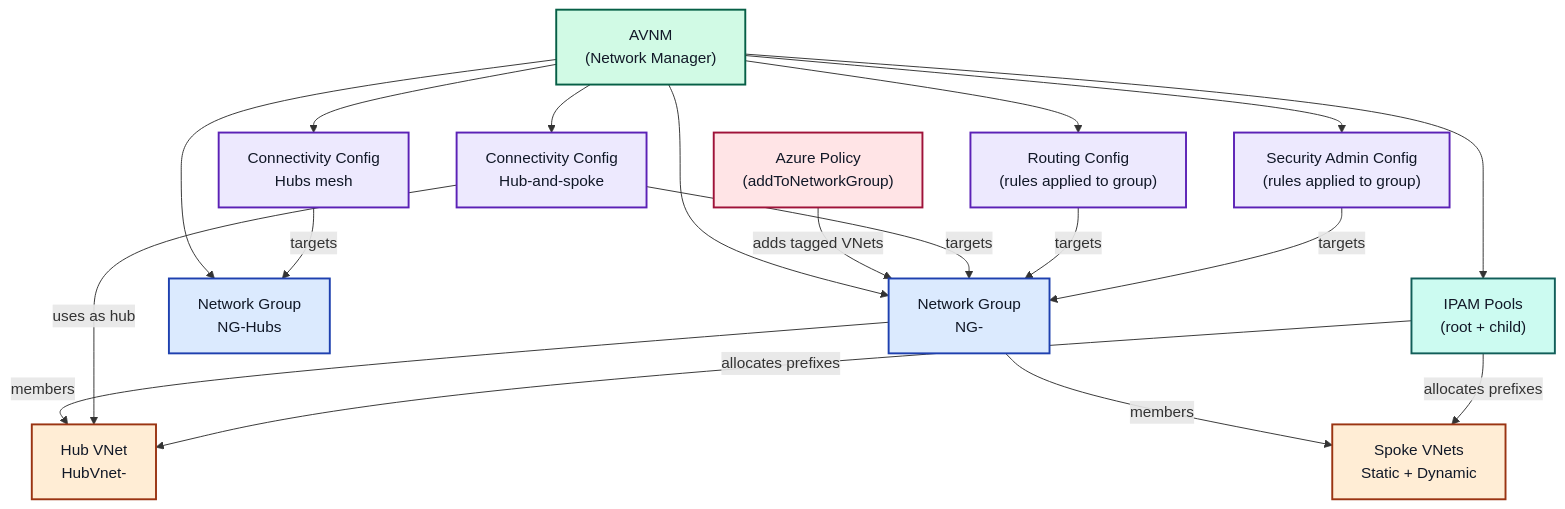
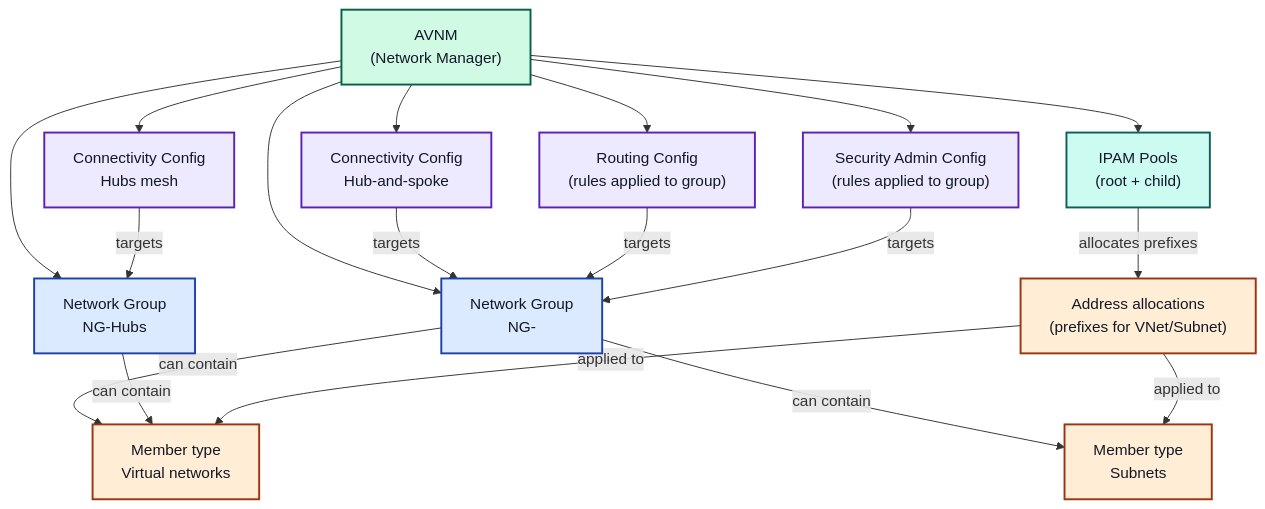
One commit to PieterbasNagengast/Azure-AVNM changed the diagram in README.md. Above: the diagram before and after it, drawn with Mermaid.

Commit message:
Refactor flowchart in README.md to clarify AVNM network group membership and IPAM allocation; enhance visual representation with new member types

````diff
--- a/README.md
+++ b/README.md
@@ -115,59 +115,56 @@
 ```mermaid
 flowchart TB
 	AVNM["AVNM\n(Network Manager)"]
 
 	NGREG["Network Group\nNG-<location>"]
 	NGHUBS["Network Group\nNG-Hubs"]
 
-	HUBVNET["Hub VNet\nHubVnet-<location>"]
-	SPOKEVNETS["Spoke VNets\nStatic + Dynamic"]
-
-	POLICY["Azure Policy\n(addToNetworkGroup)"]
+	VNETMEM["Member type\nVirtual networks"]
+	SUBNETMEM["Member type\nSubnets"]
 
 	CONNREG["Connectivity Config\nHub-and-spoke"]
 	CONNHUBS["Connectivity Config\nHubs mesh"]
 	ROUTE["Routing Config\n(rules applied to group)"]
 	SEC["Security Admin Config\n(rules applied to group)"]
 
 	IPAM["IPAM Pools\n(root + child)"]
+	ALLOC["Address allocations\n(prefixes for VNet/Subnet)"]
 
 	%% Relationships (conceptual)
 	AVNM --> NGREG
 	AVNM --> NGHUBS
 	AVNM --> CONNREG
 	AVNM --> CONNHUBS
 	AVNM --> ROUTE
 	AVNM --> SEC
 	AVNM --> IPAM
 
 	%% Group membership
-	NGREG -->|members| HUBVNET
-	NGREG -->|members| SPOKEVNETS
-	POLICY -->|adds tagged VNets| NGREG
+	NGREG -->|can contain| VNETMEM
+	NGREG -->|can contain| SUBNETMEM
+	NGHUBS -->|can contain| VNETMEM
 
 	%% Config targets
 	CONNREG -->|targets| NGREG
-	CONNREG -->|uses as hub| HUBVNET
 	ROUTE -->|targets| NGREG
 	SEC -->|targets| NGREG
 	CONNHUBS -->|targets| NGHUBS
 
 	%% IP allocation
-	IPAM -->|allocates prefixes| HUBVNET
-	IPAM -->|allocates prefixes| SPOKEVNETS
+	IPAM -->|allocates prefixes| ALLOC
+	ALLOC -->|applied to| VNETMEM
+	ALLOC -->|applied to| SUBNETMEM
 
 	%% higher-contrast color theme
 	classDef manager fill:#D1FAE5,stroke:#065F46,stroke-width:2px,color:#111827;
 	classDef group fill:#DBEAFE,stroke:#1E40AF,stroke-width:2px,color:#111827;
 	classDef config fill:#EDE9FE,stroke:#5B21B6,stroke-width:2px,color:#111827;
 	classDef network fill:#FFEDD5,stroke:#9A3412,stroke-width:2px,color:#111827;
 	classDef ipam fill:#CCFBF1,stroke:#115E59,stroke-width:2px,color:#111827;
-	classDef policy fill:#FFE4E6,stroke:#9F1239,stroke-width:2px,color:#111827;
 
 	class AVNM manager;
 	class NGREG,NGHUBS group;
 	class CONNREG,CONNHUBS,ROUTE,SEC config;
-	class HUBVNET,SPOKEVNETS network;
+	class VNETMEM,SUBNETMEM,ALLOC network;
 	class IPAM ipam;
-	class POLICY policy;
 ```
````
